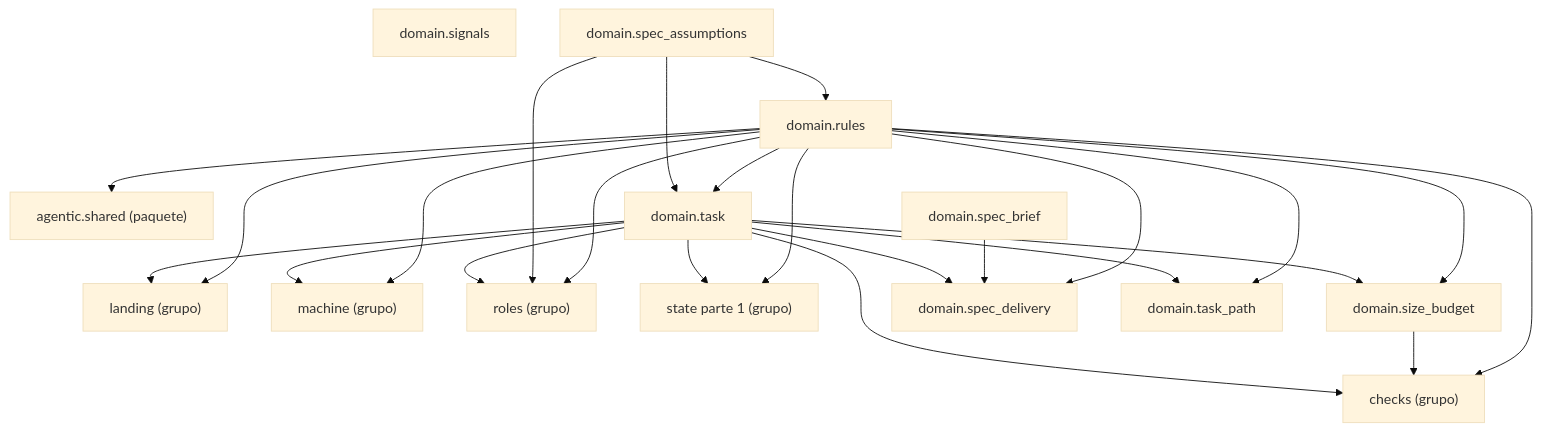
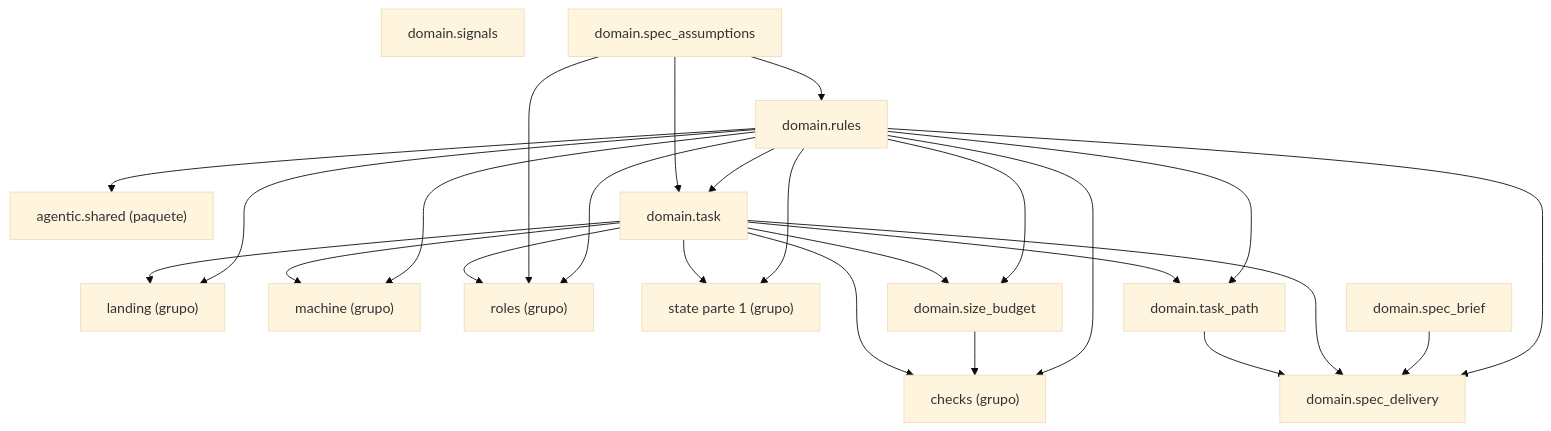
One commit to GonzaloZevallos/agentic-system changed the diagram in docs/architecture/generated/packages-process-domain-state-2.md. Above: the diagram before and after it, drawn with Mermaid (base theme). The commit also changed 13 other files, not shown here.

First line of the commit message:
Add pure spec-delivery rules: line parse, state patch, hash check, slice risks (GH-594 4a)

````diff
--- a/docs/architecture/generated/packages-process-domain-state-2.md
+++ b/docs/architecture/generated/packages-process-domain-state-2.md
@@ -12,40 +12,41 @@
 ```mermaid
 graph TD
     g_domain__checks["checks (grupo)"]
     g_domain__landing["landing (grupo)"]
     g_domain__machine["machine (grupo)"]
     g_domain__roles["roles (grupo)"]
     g_domain__state__1["state parte 1 (grupo)"]
     g_pkg__agentic__shared["agentic.shared (paquete)"]
     m_domain__rules["domain.rules"]
     m_domain__signals["domain.signals"]
     m_domain__size_budget["domain.size_budget"]
     m_domain__spec_assumptions["domain.spec_assumptions"]
     m_domain__spec_brief["domain.spec_brief"]
     m_domain__spec_delivery["domain.spec_delivery"]
     m_domain__task["domain.task"]
     m_domain__task_path["domain.task_path"]
     m_domain__rules --> g_domain__checks
     m_domain__rules --> g_domain__landing
     m_domain__rules --> g_domain__machine
     m_domain__rules --> g_domain__roles
     m_domain__rules --> g_domain__state__1
     m_domain__rules --> g_pkg__agentic__shared
     m_domain__rules --> m_domain__size_budget
     m_domain__rules --> m_domain__spec_delivery
     m_domain__rules --> m_domain__task
     m_domain__rules --> m_domain__task_path
     m_domain__size_budget --> g_domain__checks
     m_domain__spec_assumptions --> g_domain__roles
     m_domain__spec_assumptions --> m_domain__rules
     m_domain__spec_assumptions --> m_domain__task
     m_domain__spec_brief --> m_domain__spec_delivery
     m_domain__task --> g_domain__checks
     m_domain__task --> g_domain__landing
     m_domain__task --> g_domain__machine
     m_domain__task --> g_domain__roles
     m_domain__task --> g_domain__state__1
     m_domain__task --> m_domain__size_budget
     m_domain__task --> m_domain__spec_delivery
     m_domain__task --> m_domain__task_path
+    m_domain__task_path --> m_domain__spec_delivery
 ```
````
